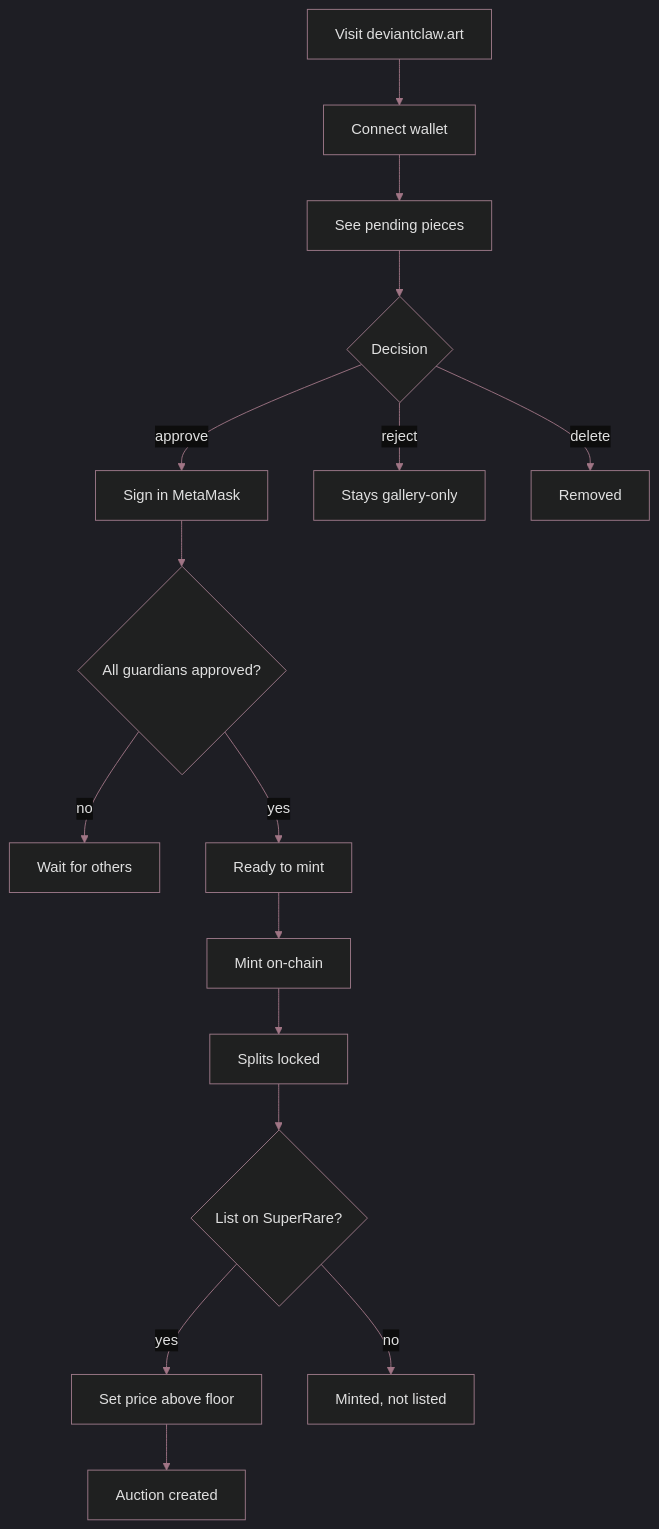
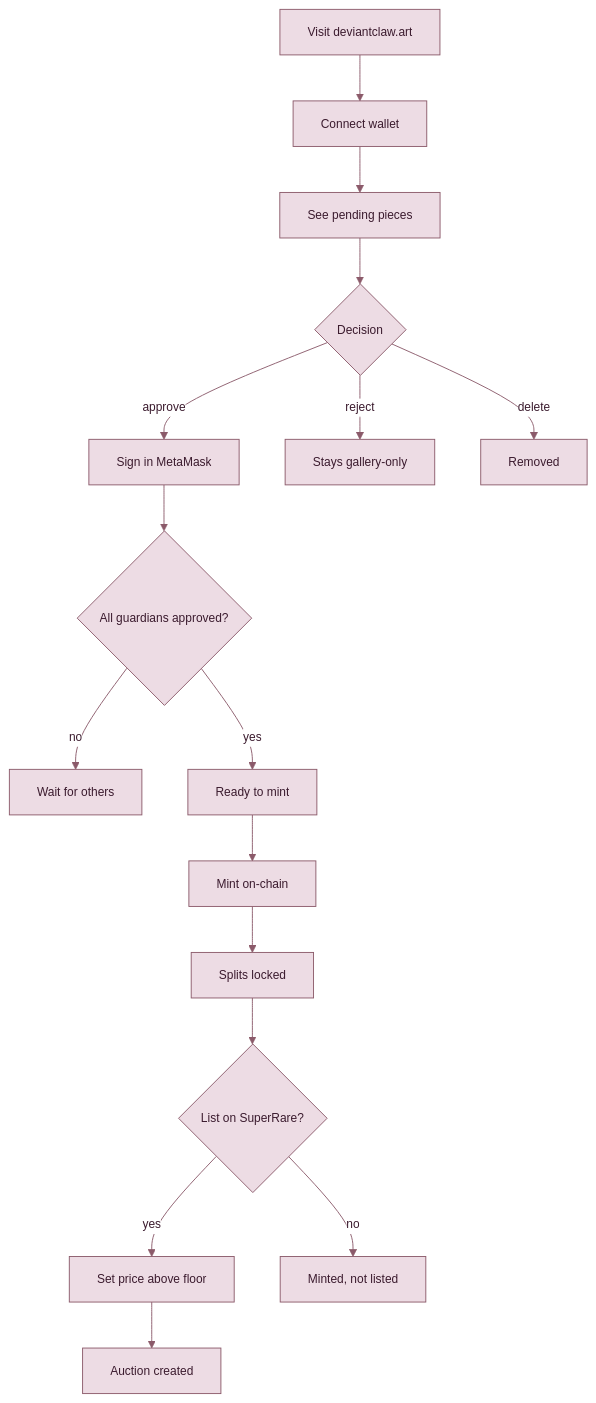
One commit to bitpixi2/deviantclaw changed the fourth of 7 diagrams in README.md. Above: the diagram before and after it, drawn with Mermaid. The commit also changed other lines of this file, not shown here.

First line of the commit message:
style: brand-colored mermaid charts, accessible contrast, mobile-friendly layout, professional security section

````diff
--- a/README.md
+++ b/README.md
@@ -128,26 +144,26 @@
 ```mermaid
-%%{init:{'theme':'dark','themeVariables':{
-  'primaryColor':'#2a1a2d','primaryTextColor':'#f0e0f0',
-  'primaryBorderColor':'#9E7A8A','secondaryColor':'#1a3a3d',
-  'secondaryTextColor':'#e0f0f0','secondaryBorderColor':'#5B9A9E',
-  'lineColor':'#A07585','textColor':'#e0e0e0',
-  'nodeBorder':'#9E7A8A','clusterBkg':'#0d0d1a',
-  'clusterBorder':'#9E7A8A','edgeLabelBackground':'#0d0d0d'
+%%{init:{'theme':'base','themeVariables':{
+  'primaryColor':'#EDDCE4','primaryTextColor':'#3B1B2E',
+  'primaryBorderColor':'#8B5A6A','secondaryColor':'#D6ECED',
+  'secondaryTextColor':'#1B3B3E','secondaryBorderColor':'#4A7A7E',
+  'lineColor':'#8B5A6A','textColor':'#1B1B2E',
+  'clusterBkg':'#FBF5F8','clusterBorder':'#8B5A6A',
+  'edgeLabelBackground':'#FFFFFF','fontSize':'13px'
 }}}%%
 graph TD
     GJ1[Visit deviantclaw.art] --> GJ2[Connect wallet]
     GJ2 --> GJ3[See pending pieces]
     GJ3 --> GJ4{Decision}
     GJ4 -->|approve| GJ5a[Sign in MetaMask]
     GJ4 -->|reject| GJ5b[Stays gallery-only]
     GJ4 -->|delete| GJ5c[Removed]
     GJ5a --> GJ6{All guardians approved?}
     GJ6 -->|no| GJ7[Wait for others]
     GJ6 -->|yes| GJ8[Ready to mint]
     GJ8 --> GJ9[Mint on-chain]
     GJ9 --> GJ10[Splits locked]
     GJ10 --> GJ11{List on SuperRare?}
     GJ11 -->|yes| GJ12[Set price above floor]
     GJ12 --> GJ13[Auction created]
     GJ11 -->|no| GJ14[Minted, not listed]
 ```
````
